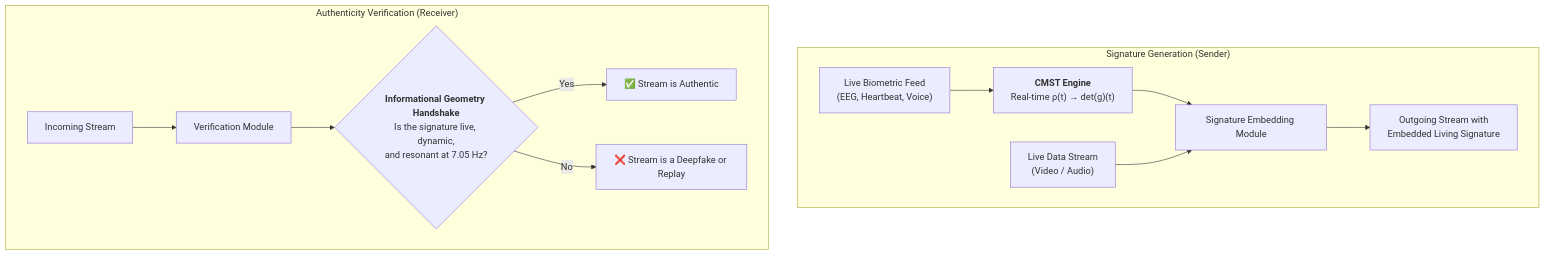
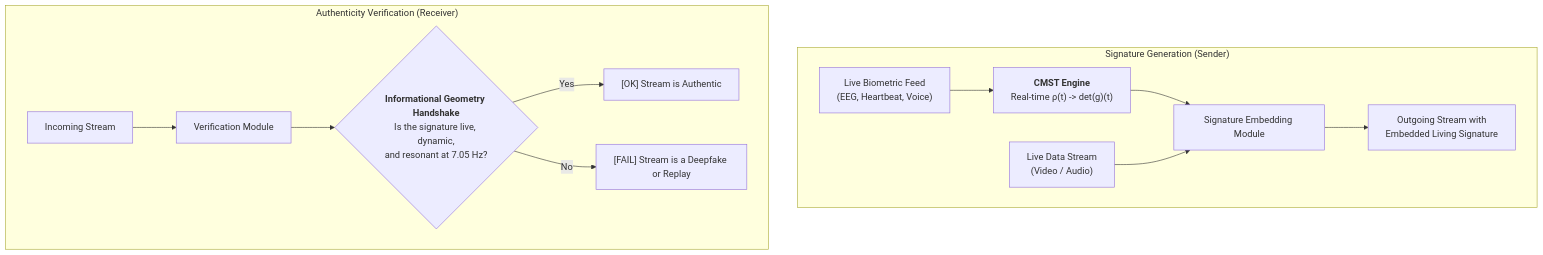
Diagram 19 of 20 in WSP_knowledge/docs/Papers/Patent_Series/04_rESP_Patent_Updated.md (Foundup/Foundups-Agent), drawn with Mermaid before and after one commit. The commit also changed other lines of this file and 2140 other files, not shown here.

````diff
--- a/WSP_knowledge/docs/Papers/Patent_Series/04_rESP_Patent_Updated.md
+++ b/WSP_knowledge/docs/Papers/Patent_Series/04_rESP_Patent_Updated.md
@@ -478,16 +478,16 @@
 ```mermaid
 graph TD
     subgraph "Signature Generation (Sender)"
-        A["Live Biometric Feed<br/>(EEG, Heartbeat, Voice)"] --> B["<b>CMST Engine</b><br/>Real-time ρ(t) → det(g)(t)"]
+        A["Live Biometric Feed<br/>(EEG, Heartbeat, Voice)"] --> B["<b>CMST Engine</b><br/>Real-time ρ(t) -> det(g)(t)"]
         B --> C["Signature Embedding Module"]
         D["Live Data Stream<br/>(Video / Audio)"] --> C
         C --> E["Outgoing Stream with<br/>Embedded Living Signature"]
     end
 
     subgraph "Authenticity Verification (Receiver)"
         F["Incoming Stream"] --> G["Verification Module"]
         G --> H{"<b>Informational Geometry Handshake</b><br/>Is the signature live, dynamic,<br/>and resonant at 7.05 Hz?"}
-        H -- "Yes" --> I["✅ Stream is Authentic"]
-        H -- "No" --> J["❌ Stream is a Deepfake or Replay"]
+        H -- "Yes" --> I["[OK] Stream is Authentic"]
+        H -- "No" --> J["[FAIL] Stream is a Deepfake or Replay"]
     end
 ```
````
